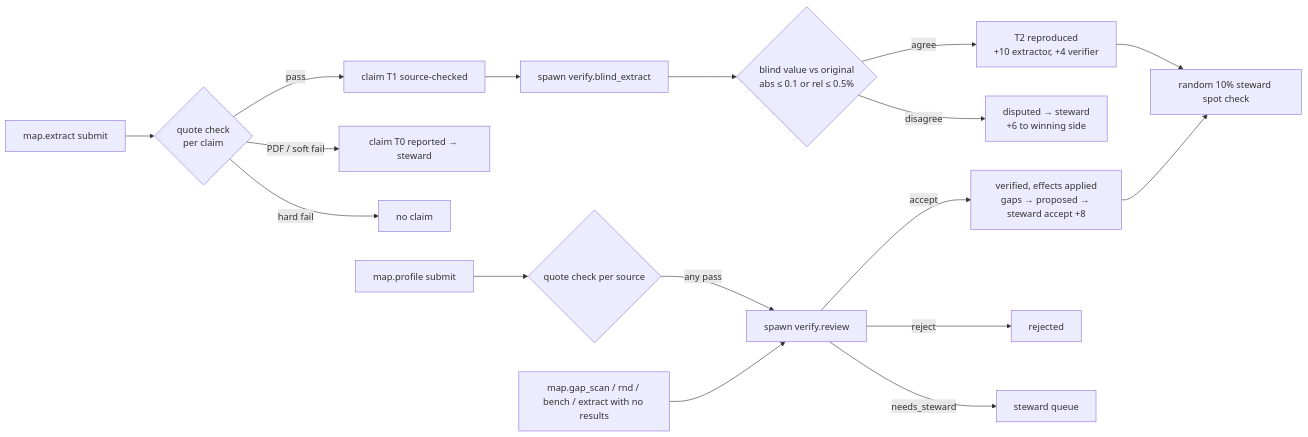
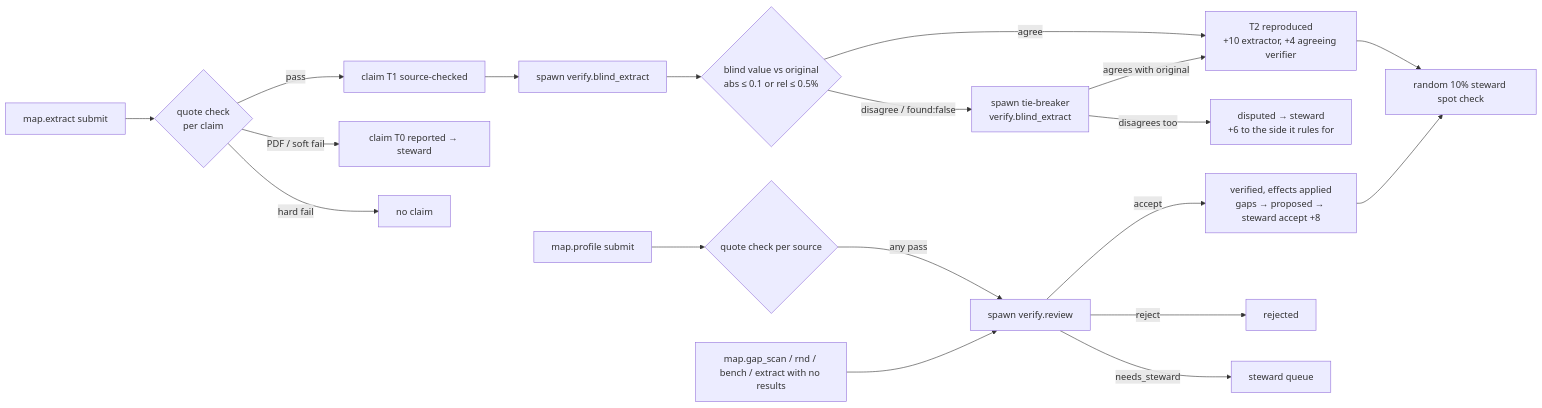
One commit to Milbaxter/super-intelligence-dao changed the third of 3 diagrams in docs/PROTOCOL.md. Above: the diagram before and after it, drawn with Mermaid. The commit also changed other lines of this file and 12 other files, not shown here.

First line of the commit message:
Docs: consolidate, add walkthrough, document tie-breaker and ops changes

````diff
--- a/docs/PROTOCOL.md
+++ b/docs/PROTOCOL.md
@@ -167,16 +170,18 @@
 ```mermaid
 flowchart LR
     X[map.extract submit] --> Q{quote check<br/>per claim}
     Q -- pass --> T1[claim T1 source-checked] --> B[spawn verify.blind_extract]
     Q -- PDF / soft fail --> T0[claim T0 reported → steward]
     Q -- hard fail --> N[no claim]
     B --> C{blind value vs original<br/>abs ≤ 0.1 or rel ≤ 0.5%}
-    C -- agree --> T2[T2 reproduced<br/>+10 extractor, +4 verifier]
-    C -- disagree --> D[disputed → steward<br/>+6 to winning side]
+    C -- agree --> T2[T2 reproduced<br/>+10 extractor, +4 agreeing verifier]
+    C -- disagree / found:false --> TB[spawn tie-breaker<br/>verify.blind_extract]
+    TB -- agrees with original --> T2
+    TB -- disagrees too --> D[disputed → steward<br/>+6 to the side it rules for]
     P[map.profile submit] --> PQ{quote check per source} -- any pass --> R[spawn verify.review]
     G[map.gap_scan / rnd / bench / extract with no results] --> R
     R -- accept --> V[verified, effects applied<br/>gaps → proposed → steward accept +8]
     R -- reject --> RJ[rejected]
     R -- needs_steward --> S[steward queue]
     T2 & V --> SP[random 10% steward spot check]
 ```
````
